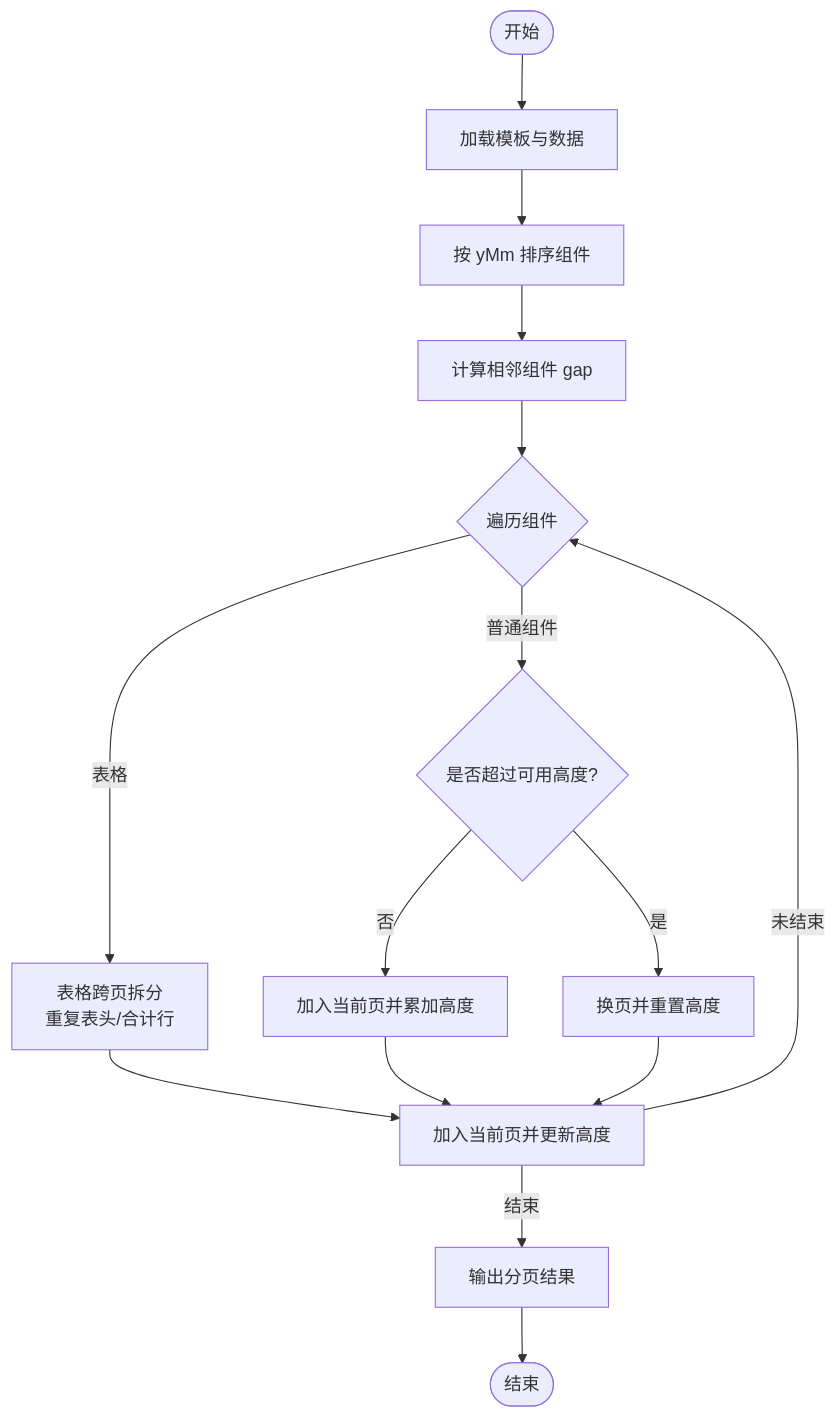
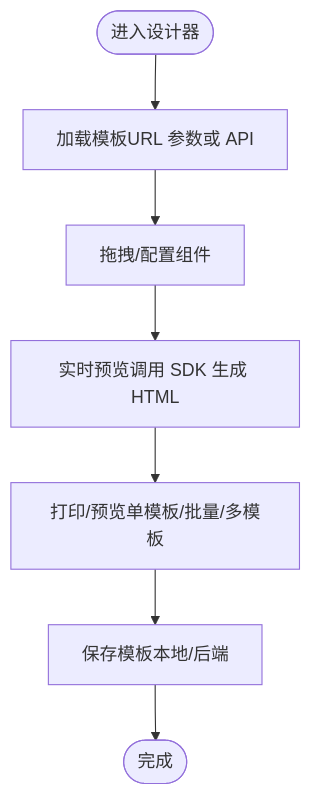
One commit to joker-yjc/printer changed the third of 8 diagrams in .qoder/repowiki/zh/content/项目概述/项目概述.md. Above: the diagram before and after it, drawn with Mermaid. The commit also changed other lines of this file and 86 other files, not shown here.

````diff
--- a/.qoder/repowiki/zh/content/项目概述/项目概述.md
+++ b/.qoder/repowiki/zh/content/项目概述/项目概述.md
@@ -211,17 +141,9 @@
 ```mermaid
 flowchart TD
-Start(["开始"]) --> Load["加载模板与数据"]
-Load --> Sort["按 yMm 排序组件"]
-Sort --> CalcGap["计算相邻组件 gap"]
-CalcGap --> Loop{"遍历组件"}
-Loop --> |表格| Split["表格跨页拆分<br/>重复表头/合计行"]
-Split --> Next["加入当前页并更新高度"]
-Loop --> |普通组件| Check{"是否超过可用高度?"}
-Check --> |是| NewPage["换页并重置高度"]
-Check --> |否| Append["加入当前页并累加高度"]
-Append --> Next
-NewPage --> Next
-Next --> |未结束| Loop
-Next --> |结束| Pages["输出分页结果"]
-Pages --> End(["结束"])
+Start(["进入设计器"]) --> LoadTemplate["加载模板URL 参数或 API"]
+LoadTemplate --> Edit["拖拽/配置组件"]
+Edit --> Preview["实时预览调用 SDK 生成 HTML"]
+Preview --> Print["打印/预览单模板/批量/多模板"]
+Print --> Save["保存模板本地/后端"]
+Save --> End(["完成"])
 ```
````
